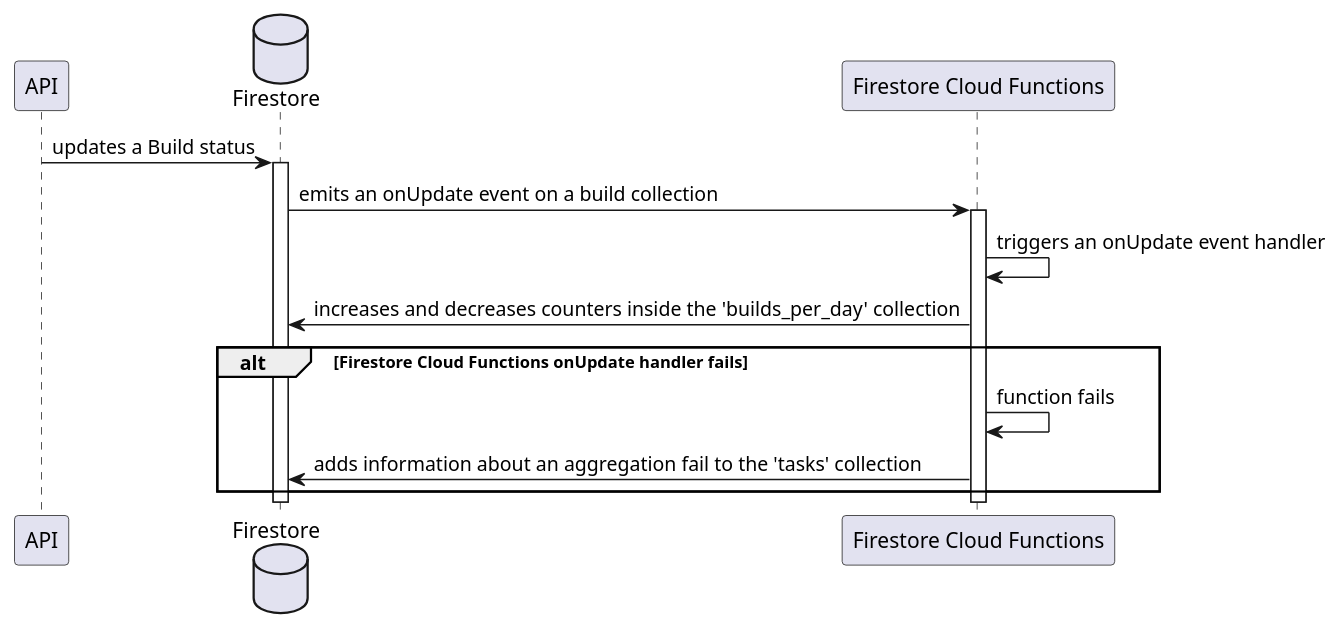
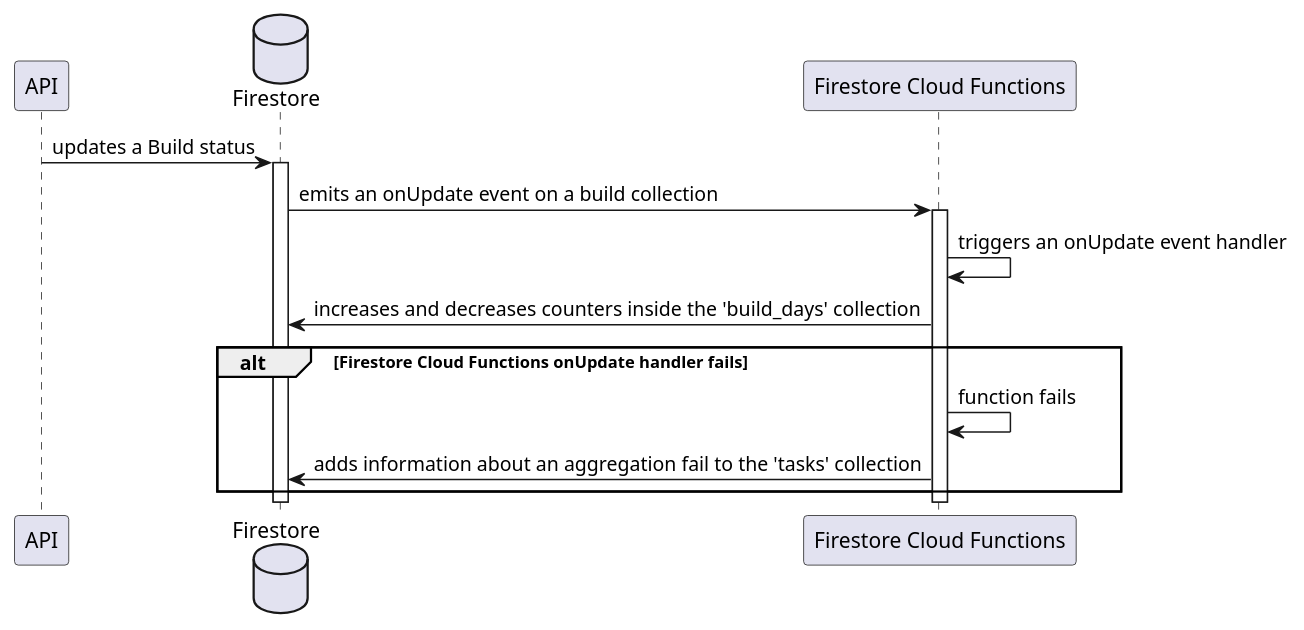
One commit to Flank/flank-dashboard changed the diagram in metrics/firebase/docs/features/builds_aggregation/diagrams/firestore_update_builds_aggregation_sequence_diagram.puml. Above: the diagram before and after it, drawn with PlantUML. The commit also changed 2 other files, not shown here.

Commit message:
Add info about composite id. Fix diagrams

```diff
--- a/metrics/firebase/docs/features/builds_aggregation/diagrams/firestore_update_builds_aggregation_sequence_diagram.puml
+++ b/metrics/firebase/docs/features/builds_aggregation/diagrams/firestore_update_builds_aggregation_sequence_diagram.puml
@@ -1,27 +1,27 @@
 @startuml firestore_update_builds_aggregation_sequence_diagram
     skinparam ParticipantPadding 20
     skinparam BoxPadding 10
 
     participant API
 
     database Firestore
 
     participant "Firestore Cloud Functions" as FCF
 
     API -> Firestore : updates a Build status
     activate Firestore
 
     Firestore -> FCF : emits an onUpdate event on a build collection
     activate FCF
     
     FCF -> FCF : triggers an onUpdate event handler
-    FCF -> Firestore : increases and decreases counters inside the 'builds_per_day' collection
+    FCF -> Firestore : increases and decreases counters inside the 'build_days' collection
     alt Firestore Cloud Functions onUpdate handler fails
         FCF -> FCF : function fails
         FCF -> Firestore : adds information about an aggregation fail to the 'tasks' collection
     end
 
     deactivate FCF
     deactivate Firestore
 
 @enduml
```
